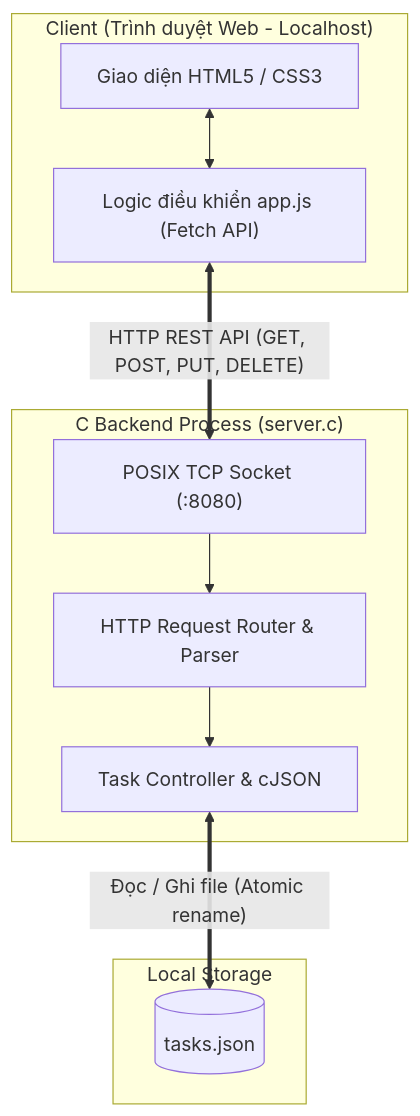
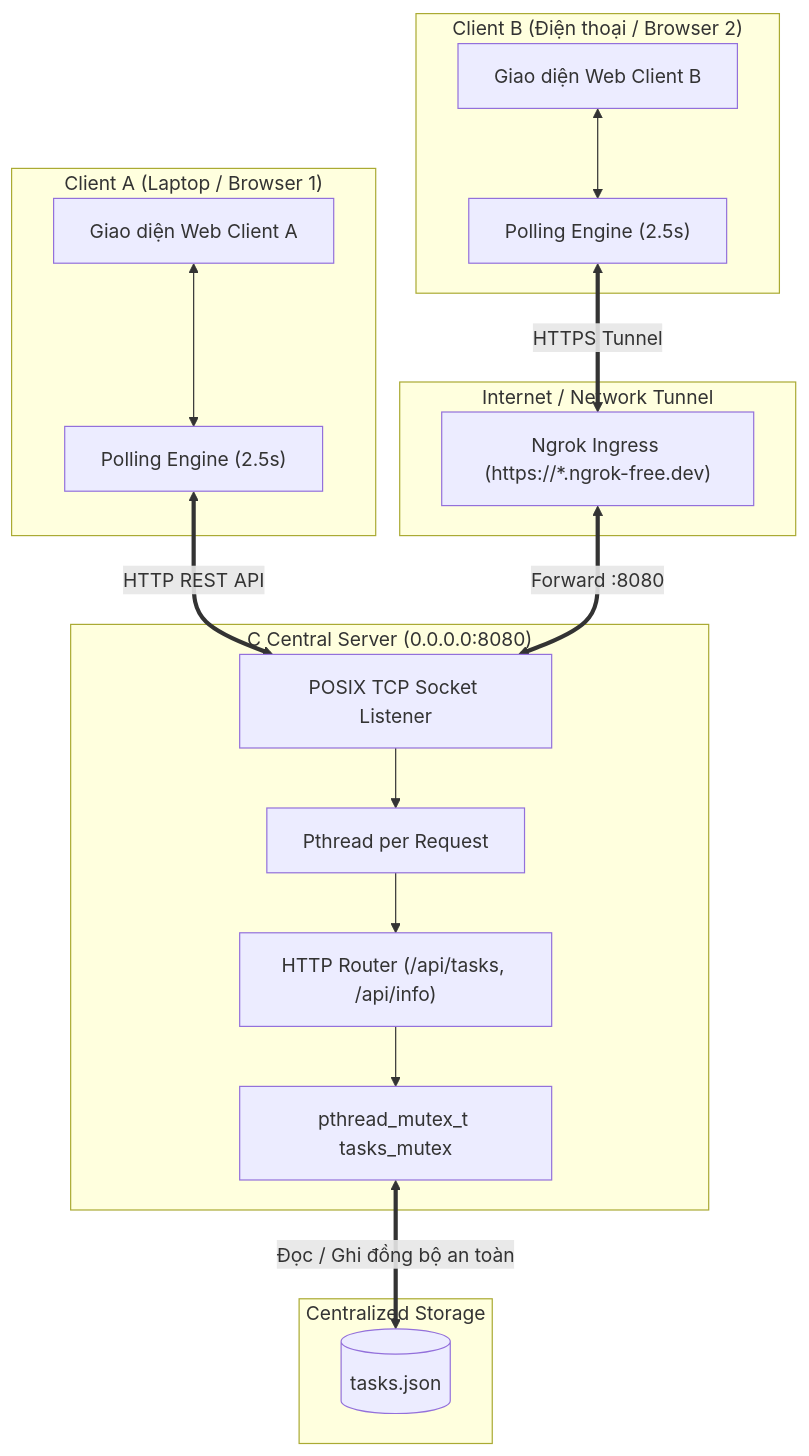
One commit to NguyenDuyHao-cheems/CNPM-W7-TODO changed the diagram in README.md. Above: the diagram before and after it, drawn with Mermaid. The commit also changed other lines of this file and 7 other files, not shown here.

Commit message:
feat(v2): implement Version 2 - Client-Server multi-device architecture with ngrok forwarding

````diff
--- a/README.md
+++ b/README.md
@@ -138,24 +112,35 @@
 ```mermaid
 graph TD
-    subgraph Client ["Client (Trình duyệt Web - Localhost)"]
-        UI["Giao diện HTML5 / CSS3"]
-        JS["Logic điều khiển app.js (Fetch API)"]
-        UI <--> JS
+    subgraph ClientA ["Client A (Laptop / Browser 1)"]
+        UIA["Giao diện Web Client A"]
+        JSA["Polling Engine (2.5s)"]
+        UIA <--> JSA
     end
 
-    subgraph Server ["C Backend Process (server.c)"]
-        SocketListener["POSIX TCP Socket (:8080)"]
-        Router["HTTP Request Router & Parser"]
-        TaskService["Task Controller & cJSON"]
-        
-        SocketListener --> Router
-        Router --> TaskService
+    subgraph ClientB ["Client B (Điện thoại / Browser 2)"]
+        UIB["Giao diện Web Client B"]
+        JSB["Polling Engine (2.5s)"]
+        UIB <--> JSB
     end
 
-    subgraph Storage ["Local Storage"]
-        FileJSON[("tasks.json")]
+    subgraph Tunnel ["Internet / Network Tunnel"]
+        Ngrok["Ngrok Ingress (https://*.ngrok-free.dev)"]
     end
 
-    JS <==>|"HTTP REST API (GET, POST, PUT, DELETE)"| SocketListener
-    TaskService <==>|"Đọc / Ghi file (Atomic rename)"| FileJSON
+    subgraph Server ["C Central Server (0.0.0.0:8080)"]
+        Listener["POSIX TCP Socket Listener"]
+        PthreadPool["Pthread per Request"]
+        Router["HTTP Router (/api/tasks, /api/info)"]
+        Mutex["pthread_mutex_t tasks_mutex"]
+
+        Listener --> PthreadPool --> Router --> Mutex
+    end
+
+    subgraph Storage ["Centralized Storage"]
+        TasksJSON[("tasks.json")]
+    end
+
+    JSA <==>|"HTTP REST API"| Listener
+    JSB <==>|"HTTPS Tunnel"| Ngrok <==>|"Forward :8080"| Listener
+    Mutex <==>|"Đọc / Ghi đồng bộ an toàn"| TasksJSON
 ```
````
